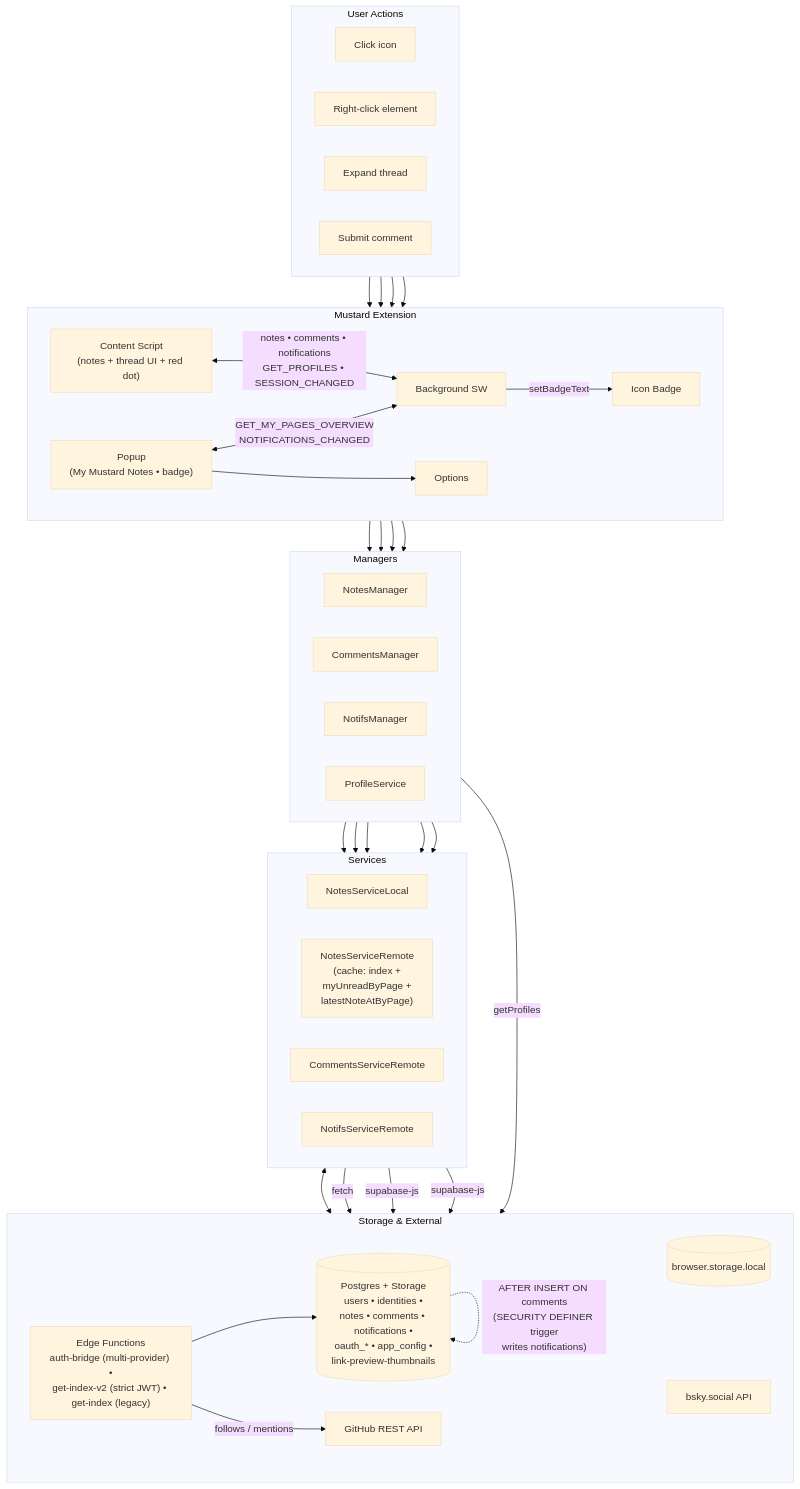
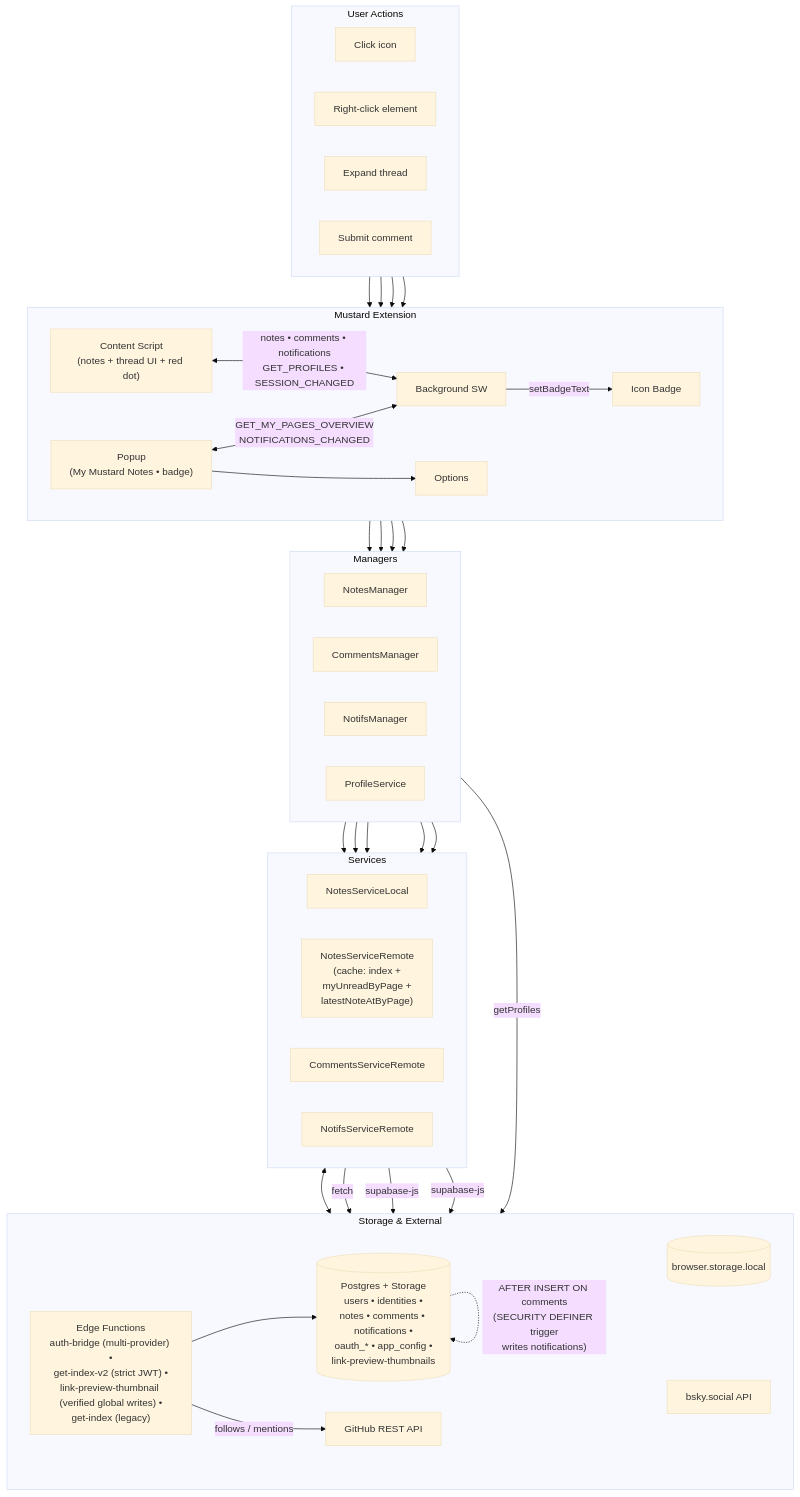
Before and after one commit to fettstorch/mustard: the diagram in .agents/skills/mustard-architecture/SKILL.md, drawn with Mermaid (base theme). The commit also changed other lines of this file and 13 other files, not shown here.

First line of the commit message:
feat(link-preview): deduplicate thumbnails globally

````diff
--- a/.agents/skills/mustard-architecture/SKILL.md
+++ b/.agents/skills/mustard-architecture/SKILL.md
@@ -19,75 +19,75 @@
 ```mermaid
 flowchart TB
     subgraph User["User Actions"]
         direction LR
         Click["Click icon"]
         RightClick["Right-click element"]
         Expand["Expand thread"]
         Comment["Submit comment"]
     end
 
     subgraph Extension["Mustard Extension"]
         direction LR
         Popup["Popup<br/>(My Mustard Notes • badge)"]
         Options["Options"]
         CS["Content Script<br/>(notes + thread UI + red dot)"]
         Badge["Icon Badge"]
         BG["Background SW"]
     end
 
     subgraph Managers["Managers"]
         direction LR
         NotesManager["NotesManager"]
         CommentsManager["CommentsManager"]
         NotifsManager["NotifsManager"]
         ProfileService["ProfileService"]
     end
 
     subgraph Svcs["Services"]
         direction LR
         LocalSvc["NotesServiceLocal"]
         RemoteSvc["NotesServiceRemote<br/>(cache: index +<br/>myUnreadByPage +<br/>latestNoteAtByPage)"]
         CommentsSvc["CommentsServiceRemote"]
         NotifsSvc["NotifsServiceRemote"]
     end
 
     subgraph Storage["Storage & External"]
         direction LR
         ChromeStorage[("browser.storage.local")]
-        EdgeFns["Edge Functions<br/>auth-bridge (multi-provider) •<br/>get-index-v2 (strict JWT) • get-index (legacy)"]
+        EdgeFns["Edge Functions<br/>auth-bridge (multi-provider) •<br/>get-index-v2 (strict JWT) •<br/>link-preview-thumbnail (verified global writes) •<br/>get-index (legacy)"]
         DB[("Postgres + Storage<br/>users • identities •<br/>notes • comments • notifications •<br/>oauth_* • app_config •<br/>link-preview-thumbnails")]
         BSkyAPI["bsky.social API"]
         GHAPI["GitHub REST API"]
     end
 
     Click --> Popup
     RightClick --> CS
     Expand --> CS
     Comment --> CS
 
     Popup <-->|"GET_MY_PAGES_OVERVIEW<br/>NOTIFICATIONS_CHANGED"| BG
     Popup --> Options
     CS <-->|"notes • comments • notifications<br/>GET_PROFILES • SESSION_CHANGED"| BG
     BG -->|"setBadgeText"| Badge
 
     BG --> NotesManager
     BG --> CommentsManager
     BG --> NotifsManager
     BG --> ProfileService
 
     NotesManager --> LocalSvc
     NotesManager --> RemoteSvc
     CommentsManager --> CommentsSvc
     NotifsManager --> NotifsSvc
     NotifsManager --> RemoteSvc
 
     LocalSvc <--> ChromeStorage
     RemoteSvc -->|"fetch"| EdgeFns
     CommentsSvc -->|"supabase-js"| DB
     NotifsSvc -->|"supabase-js"| DB
     EdgeFns --> DB
     EdgeFns -->|"follows / mentions"| GHAPI
     ProfileService -->|"getProfiles"| BSkyAPI
 
     DB -.->|"AFTER INSERT ON comments<br/>(SECURITY DEFINER trigger<br/>writes notifications)"| DB
 ```
````
